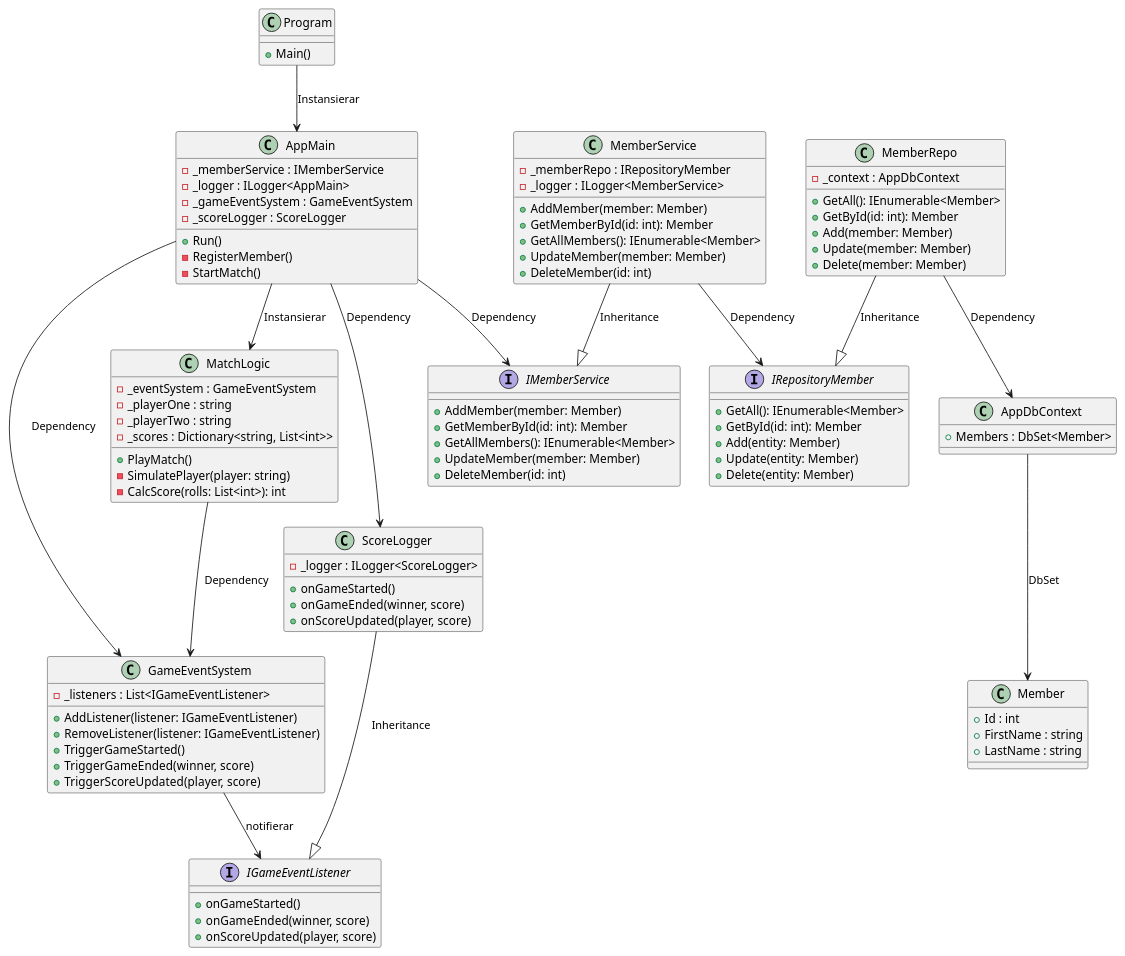
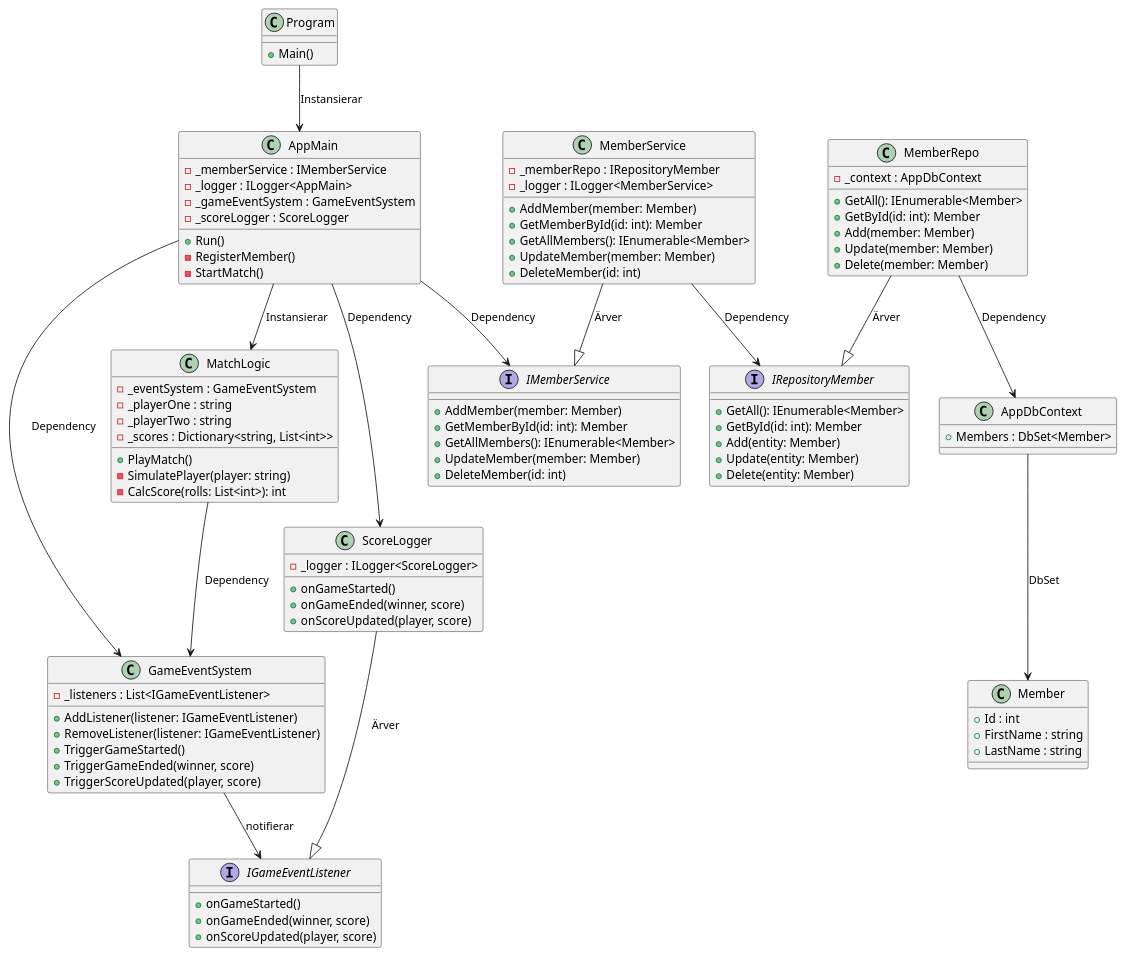
Before and after one commit to RamiObaid92/Bowling_Hall: the diagram in ClassDiagram.puml, drawn with PlantUML. The commit also changed 5 other files, not shown here.

```diff
--- a/ClassDiagram.puml
+++ b/ClassDiagram.puml
@@ -1,134 +1,133 @@
 @startuml
-
 ' ==============================
 ' INTERFACES
 ' ==============================
 interface IGameEventListener {
   + onGameStarted()
   + onGameEnded(winner, score)
   + onScoreUpdated(player, score)
 }
 
 interface IMemberService {
   + AddMember(member: Member)
   + GetMemberById(id: int): Member
   + GetAllMembers(): IEnumerable<Member>
   + UpdateMember(member: Member)
   + DeleteMember(id: int)
 }
 
 
 interface IRepositoryMember {
   + GetAll(): IEnumerable<Member>
   + GetById(id: int): Member
   + Add(entity: Member)
   + Update(entity: Member)
   + Delete(entity: Member)
 }
 
 ' ==============================
 ' KLASSER
 ' ==============================
 
 class Program {
   + Main()
 }
 
 class AppMain {
   - _memberService : IMemberService
   - _logger : ILogger<AppMain>
   - _gameEventSystem : GameEventSystem
   - _scoreLogger : ScoreLogger
 
   + Run()
   - RegisterMember()
   - StartMatch()
 }
 
 class GameEventSystem {
   - _listeners : List<IGameEventListener>
 
   + AddListener(listener: IGameEventListener)
   + RemoveListener(listener: IGameEventListener)
   + TriggerGameStarted()
   + TriggerGameEnded(winner, score)
   + TriggerScoreUpdated(player, score)
 }
 
 class ScoreLogger {
   - _logger : ILogger<ScoreLogger>
 
   + onGameStarted()
   + onGameEnded(winner, score)
   + onScoreUpdated(player, score)
 }
 
 class MatchLogic {
   - _eventSystem : GameEventSystem
   - _playerOne : string
   - _playerTwo : string
   - _scores : Dictionary<string, List<int>>
 
   + PlayMatch()
   - SimulatePlayer(player: string)
   - CalcScore(rolls: List<int>): int
 }
 
 class MemberService {
   - _memberRepo : IRepositoryMember
   - _logger : ILogger<MemberService>
 
   + AddMember(member: Member)
   + GetMemberById(id: int): Member
   + GetAllMembers(): IEnumerable<Member>
   + UpdateMember(member: Member)
   + DeleteMember(id: int)
 }
 
 class MemberRepo {
   - _context : AppDbContext
 
   + GetAll(): IEnumerable<Member>
   + GetById(id: int): Member
   + Add(member: Member)
   + Update(member: Member)
   + Delete(member: Member)
 }
 
 class Member {
   + Id : int
   + FirstName : string
   + LastName : string
 }
 
 class AppDbContext {
   + Members : DbSet<Member>
 }
 
 ' ==============================
 ' RELATIONER
 ' ==============================
 
 Program --> AppMain : "Instansierar"
 
 
 AppMain --> IMemberService : "Dependency"
 AppMain --> GameEventSystem : "Dependency"
 AppMain --> ScoreLogger : "Dependency"
 AppMain --> MatchLogic : "Instansierar"
 
 MatchLogic --> GameEventSystem : "Dependency"
 
 GameEventSystem --> IGameEventListener : "notifierar"
 
-ScoreLogger --|> IGameEventListener : "Inheritance"
+ScoreLogger --|> IGameEventListener : "Ärver"
 
-MemberService --|> IMemberService : "Inheritance"
+MemberService --|> IMemberService : "Ärver"
 MemberService --> IRepositoryMember : "Dependency"
 
-MemberRepo --|> IRepositoryMember : "Inheritance"
+MemberRepo --|> IRepositoryMember : "Ärver"
 MemberRepo --> AppDbContext : "Dependency"
 
 AppDbContext --> Member : "DbSet"
 
 @enduml
```
